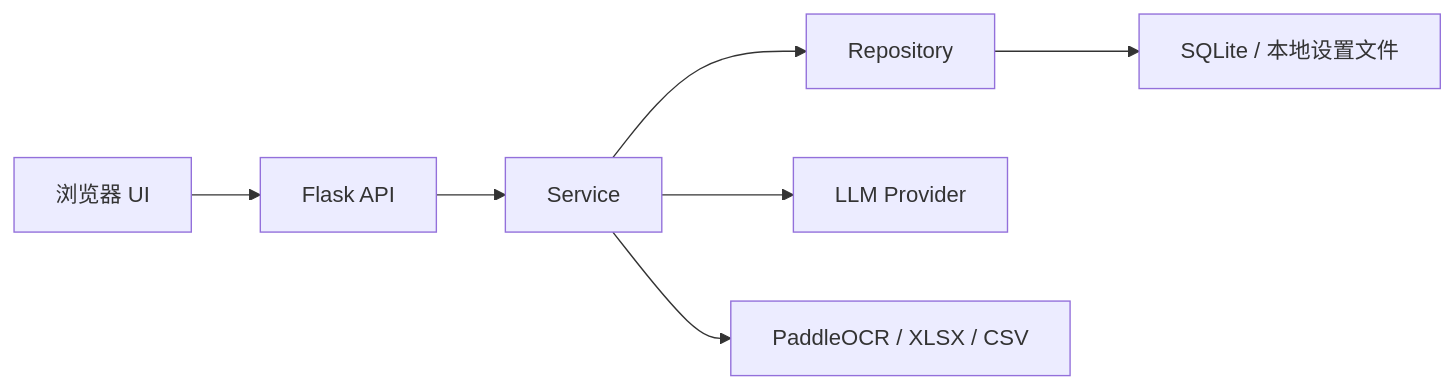
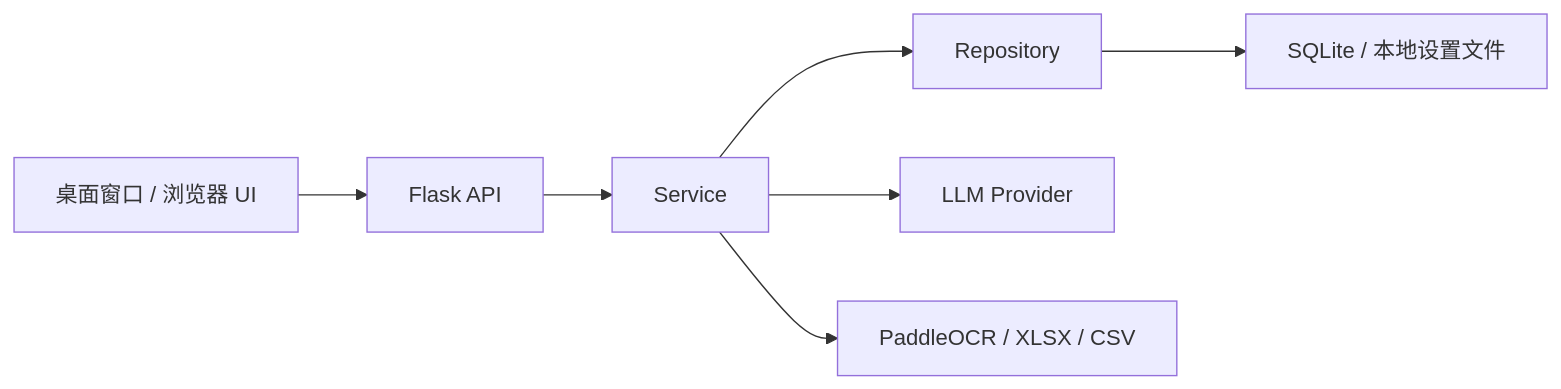
Before and after one commit to coronaBorealis/Yantu: the diagram in README.md, drawn with Mermaid. The commit also changed other lines of this file and 41 other files, not shown here.

````diff
--- a/README.md
+++ b/README.md
@@ -193,9 +207,9 @@
 ```mermaid
 flowchart LR
-    UI["浏览器 UI"] --> API["Flask API"]
+    UI["桌面窗口 / 浏览器 UI"] --> API["Flask API"]
     API --> SERVICE["Service"]
     SERVICE --> REPOSITORY["Repository"]
     REPOSITORY --> DB["SQLite / 本地设置文件"]
     SERVICE --> AI["LLM Provider"]
     SERVICE --> OCR["PaddleOCR / XLSX / CSV"]
 ```
````
